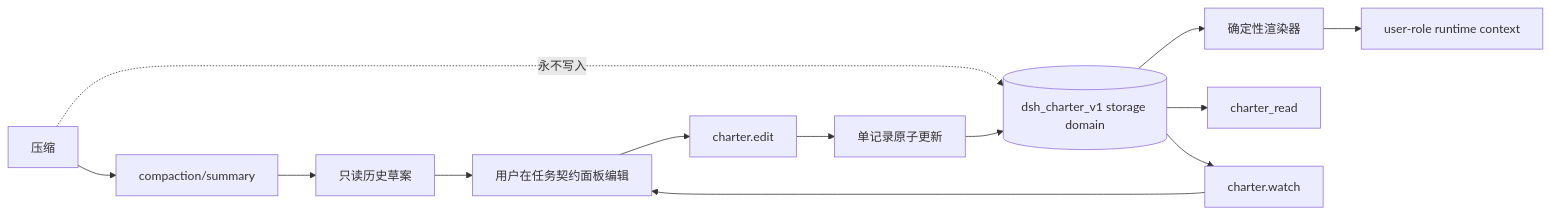
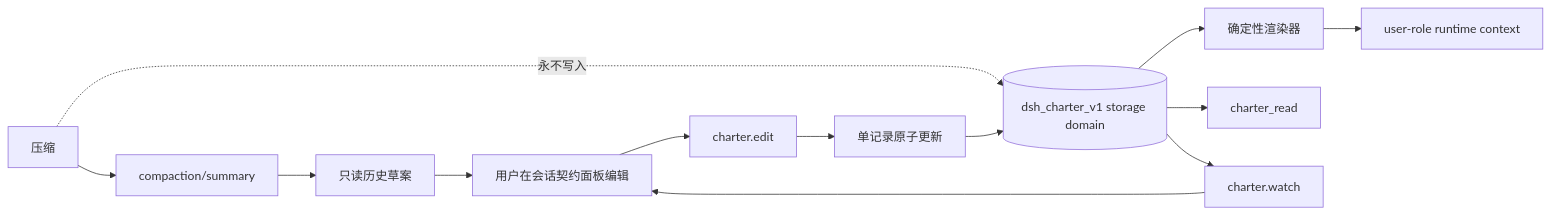
One commit to centella-cream/dsh-charter changed the diagram in README.zh.md. Above: the diagram before and after it, drawn with Mermaid. The commit also changed other lines of this file and 16 other files, not shown here.

Commit message:
docs: align documentation with the simplified charter branding

````diff
--- a/README.zh.md
+++ b/README.zh.md
@@ -70,15 +70,15 @@
 ```mermaid
 flowchart LR
-  U[用户在任务契约面板编辑] --> A[charter.edit]
+  U[用户在会话契约面板编辑] --> A[charter.edit]
   A --> B[单记录原子更新]
   B --> D[(dsh_charter_v1 storage domain)]
   D --> R[确定性渲染器]
   R --> C[user-role runtime context]
   D --> T[charter_read]
   P[压缩] -. 永不写入 .-> D
   P --> S[compaction/summary]
   S --> H[只读历史草案]
   H --> U
   W[charter.watch] --> U
   D --> W
 ```
````
